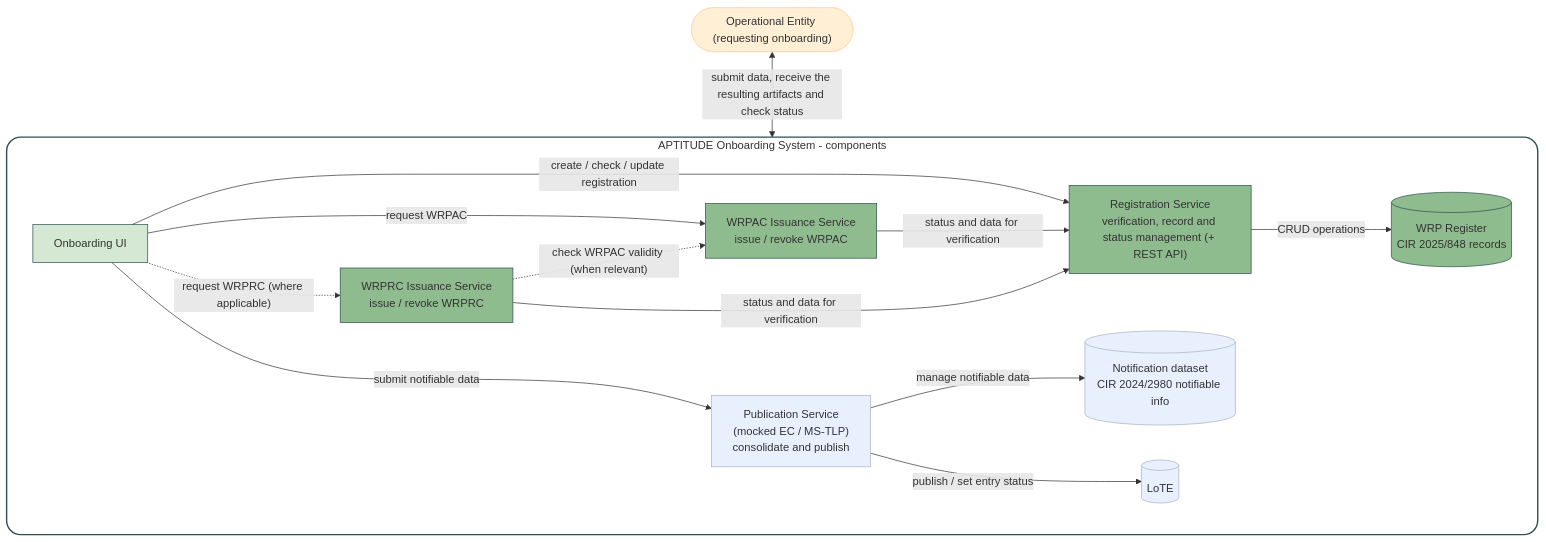
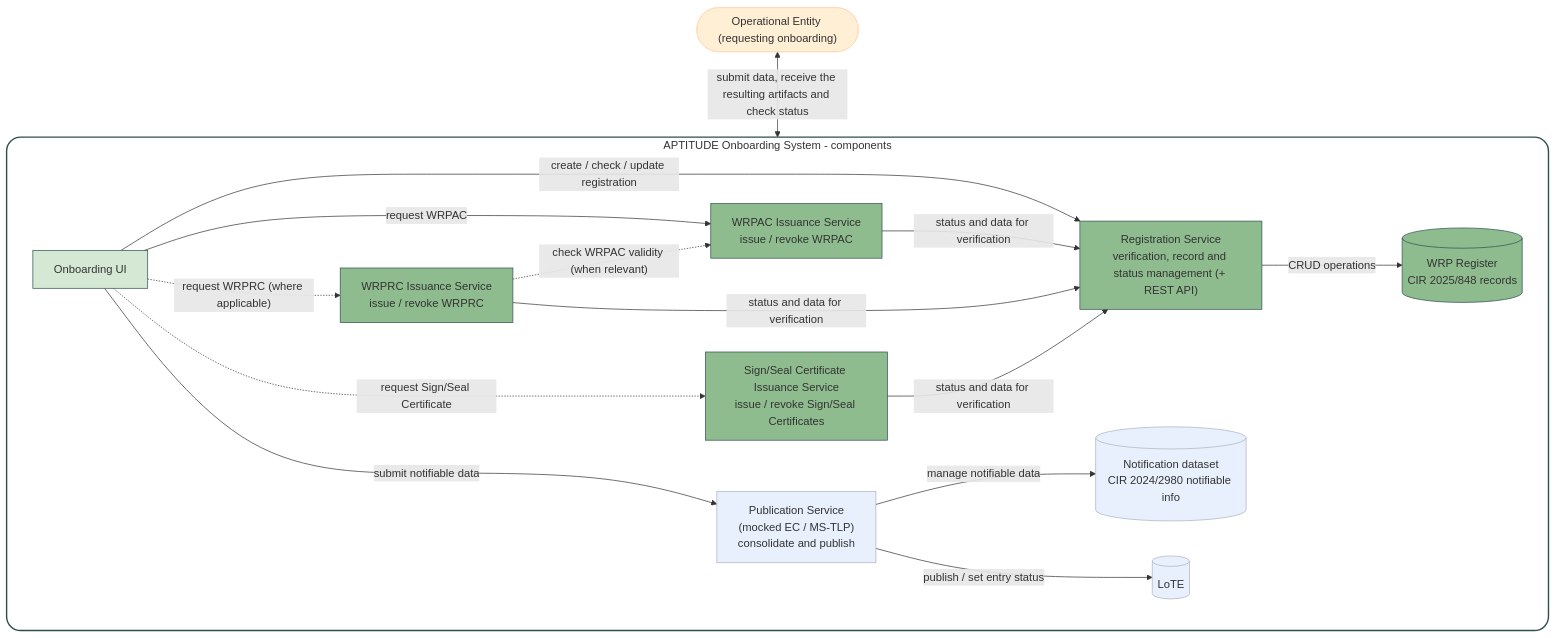
The third of 5 diagrams in docs/topics/onboarding-process.md (APTITUDE-Consortium/wp2-trust-specifications), drawn with Mermaid before and after one commit. The commit also changed other lines of this file, not shown here.

````diff
--- a/docs/topics/onboarding-process.md
+++ b/docs/topics/onboarding-process.md
@@ -113,42 +117,45 @@
 ```mermaid
 graph TB
 
     OpEn(["Operational Entity (requesting onboarding)"])
 
     subgraph SYS["APTITUDE Onboarding System - components"]
         direction LR
         UI["Onboarding UI"]
         RegSvc["Registration Service<br/>verification, record and status management (+ REST API)"]
         WRPReg[("WRP Register<br/>CIR 2025/848 records")]
         ACsvc["WRPAC Issuance Service<br/>issue / revoke WRPAC"]
         RCsvc["WRPRC Issuance Service<br/>issue / revoke WRPRC"]
+        SSCsvc["Sign/Seal Certificate Issuance Service<br/>issue / revoke Sign/Seal Certificates"]
         PubSvc["Publication Service<br/>(mocked EC / MS-TLP)<br/>consolidate and publish"]
         NotifDS[("Notification dataset<br/>CIR 2024/2980 notifiable info")]
         Lists[("LoTE")]
 
         UI -->|"create / check / update registration"| RegSvc
         UI -->|"request WRPAC"| ACsvc
         UI -.->|"request WRPRC (where applicable)"| RCsvc
+        UI -.->|"request Sign/Seal Certificate"| SSCsvc
         UI -->|"submit notifiable data"| PubSvc
         RegSvc -->|"CRUD operations"| WRPReg
         ACsvc -->|"status and data for verification"| RegSvc
         RCsvc -->|"status and data for verification"| RegSvc
+        SSCsvc -->|"status and data for verification"| RegSvc
         RCsvc -.->|"check WRPAC validity (when relevant)"| ACsvc
         RCsvc ~~~ PubSvc
         PubSvc -->|"manage notifiable data"| NotifDS
         PubSvc -->|"publish / set entry status"| Lists
     end
 
     OpEn <-->|"submit data, receive the resulting artifacts and check status"| UI
 
     %% Style
     style SYS fill:#ffff,stroke:#2f4f4f,stroke-width:2px,rx:20,ry:20
     classDef green fill:#8fbc8f,stroke:#2f4f4f
     classDef blue fill:#e8f0fe,stroke:#abb2bf
     classDef cand fill:#ffefd5,stroke:#ffdab9
     classDef ui fill:#d5e8d4,stroke:#2f4f4f
-    class RegSvc,ACsvc,RCsvc,WRPReg green;
+    class RegSvc,ACsvc,RCsvc,SSCsvc,WRPReg green;
     class PubSvc,NotifDS,Lists blue;
     class OpEn cand;
     class UI ui;
 ```
````
